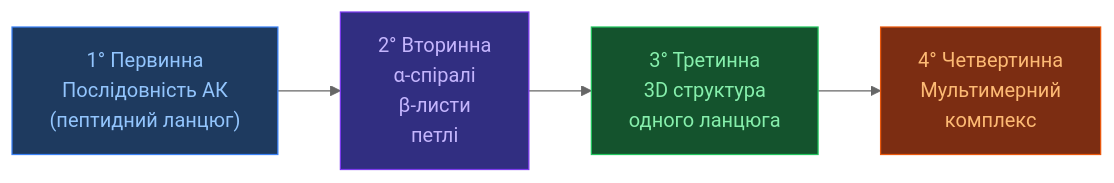
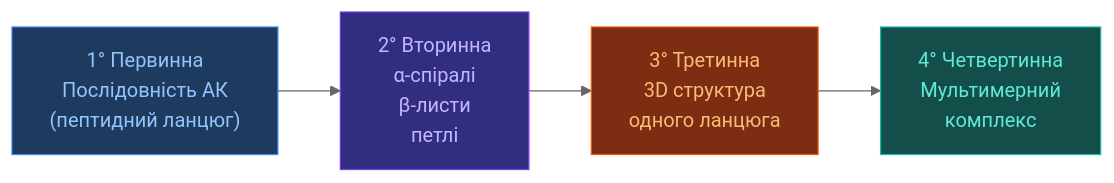
One commit to OlehVolkov/AlphaFold3-AIGen-KnowledgeBase changed the first of 2 diagrams in UA/2. Концепції/2.1. Біологія/2.1.1. Згортання білків.md. Above: the diagram before and after it, drawn with Mermaid (neutral theme). The commit also changed other lines of this file and 33 other files, not shown here.

Commit message:
Linting and fixes in diagrams

````diff
--- a/UA/2. Концепції/2.1. Біологія/2.1.1. Згортання білків.md
+++ b/UA/2. Концепції/2.1. Біологія/2.1.1. Згортання білків.md
@@ -17,14 +17,16 @@
 ```mermaid
 flowchart LR
-    P1["1° Первинна<br/>Послідовність АК<br/>(пептидний ланцюг)"]:::lvl1
-    P2["2° Вторинна<br/>α-спіралі<br/>β-листи<br/>петлі"]:::lvl2
-    P3["3° Третинна<br/>3D структура<br/>одного ланцюга"]:::lvl3
-    P4["4° Четвертинна<br/>Мультимерний<br/>комплекс"]:::lvl4
+    P1["1° Первинна<br/>Послідовність АК<br/>(пептидний ланцюг)"]:::input
+    P2["2° Вторинна<br/>α-спіралі<br/>β-листи<br/>петлі"]:::trunk
+    P3["3° Третинна<br/>3D структура<br/>одного ланцюга"]:::confidence
+    P4["4° Четвертинна<br/>Мультимерний<br/>комплекс"]:::output
 
     P1 --> P2 --> P3 --> P4
 
-    classDef lvl1 fill:#1e3a5f,stroke:#3b82f6,color:#93c5fd
-    classDef lvl2 fill:#312e81,stroke:#7c3aed,color:#c4b5fd
-    classDef lvl3 fill:#14532d,stroke:#22c55e,color:#86efac
-    classDef lvl4 fill:#7c2d12,stroke:#ea580c,color:#fdba74
+    classDef input fill:#1e3a5f,stroke:#3b82f6,color:#93c5fd
+    classDef trunk fill:#312e81,stroke:#7c3aed,color:#c4b5fd
+    classDef diffusion fill:#14532d,stroke:#22c55e,color:#86efac
+    classDef confidence fill:#7c2d12,stroke:#ea580c,color:#fdba74
+    classDef output fill:#134e4a,stroke:#14b8a6,color:#5eead4
+    classDef neutral fill:#1e293b,stroke:#475569,color:#94a3b8
 ```
````
